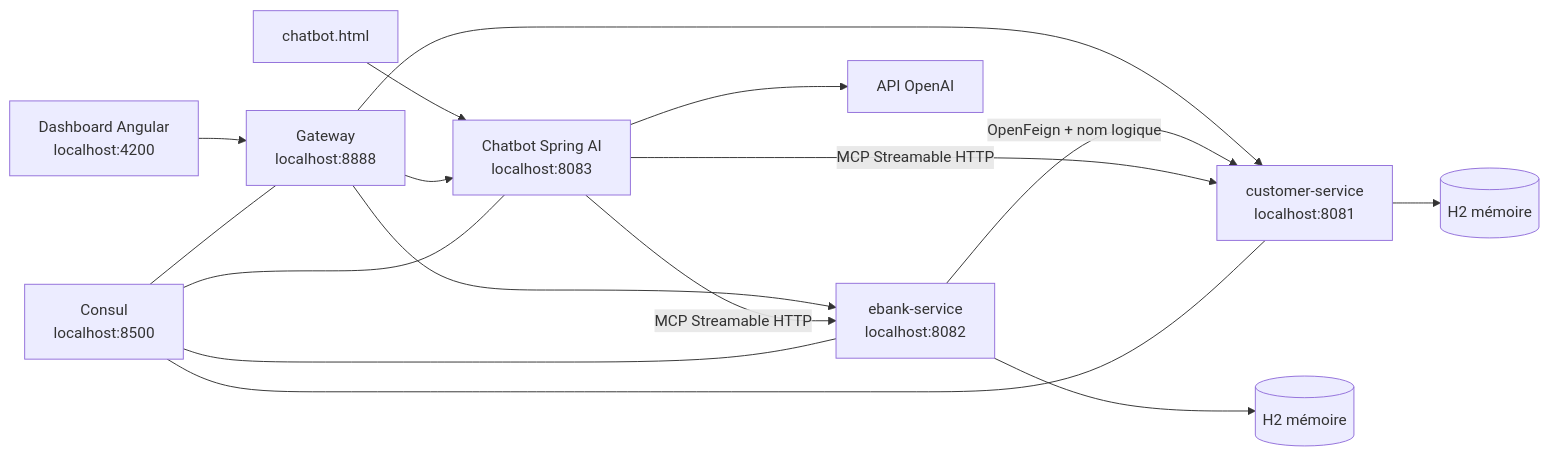
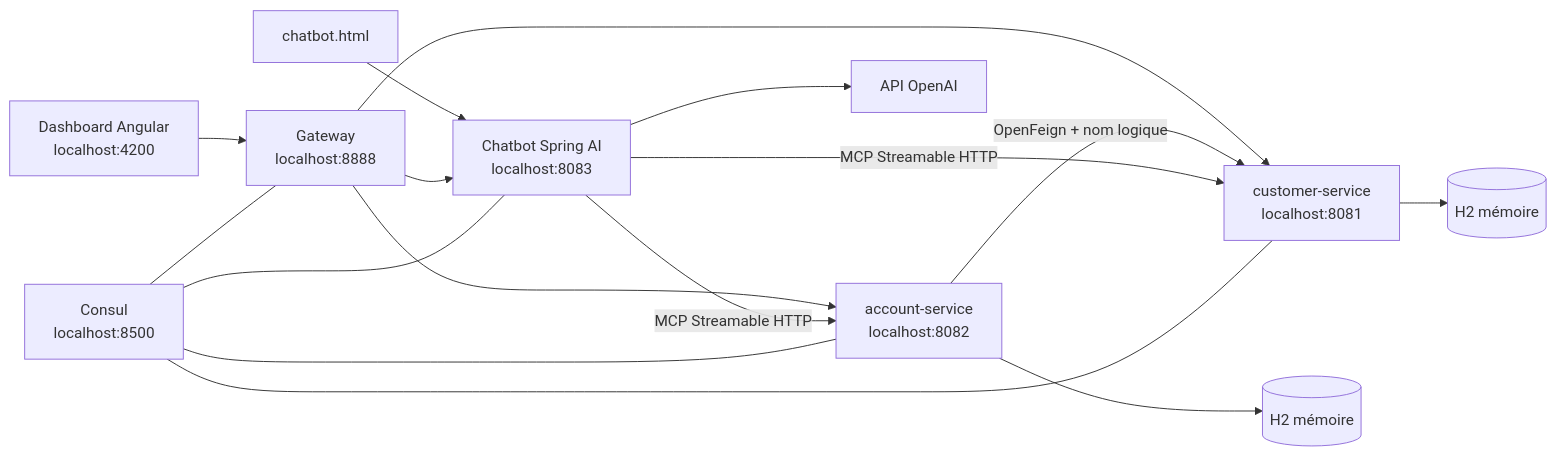
One commit to ZAHNOUNE/banking-microservices-project changed the diagram in banking-platform/README.md. Above: the diagram before and after it, drawn with Mermaid. The commit also changed other lines of this file, not shown here.

````diff
--- a/banking-platform/README.md
+++ b/banking-platform/README.md
@@ -39,18 +39,18 @@
 ```mermaid
 flowchart LR
     UI[Dashboard Angular<br/>localhost:4200] --> GW[Gateway<br/>localhost:8888]
     HTML[chatbot.html] --> CHAT[Chatbot Spring AI<br/>localhost:8083]
     GW --> CUSTOMER[customer-service<br/>localhost:8081]
-    GW --> BANK[ebank-service<br/>localhost:8082]
+    GW --> BANK[account-service<br/>localhost:8082]
     GW --> CHAT
     BANK -->|OpenFeign + nom logique| CUSTOMER
     CHAT -->|MCP Streamable HTTP| CUSTOMER
     CHAT -->|MCP Streamable HTTP| BANK
     CHAT --> OPENAI[API OpenAI]
     CUSTOMER --> CDB[(H2 mémoire)]
     BANK --> BDB[(H2 mémoire)]
     CONSUL[Consul<br/>localhost:8500] --- CUSTOMER
     CONSUL --- BANK
     CONSUL --- CHAT
     CONSUL --- GW
 ```
````
